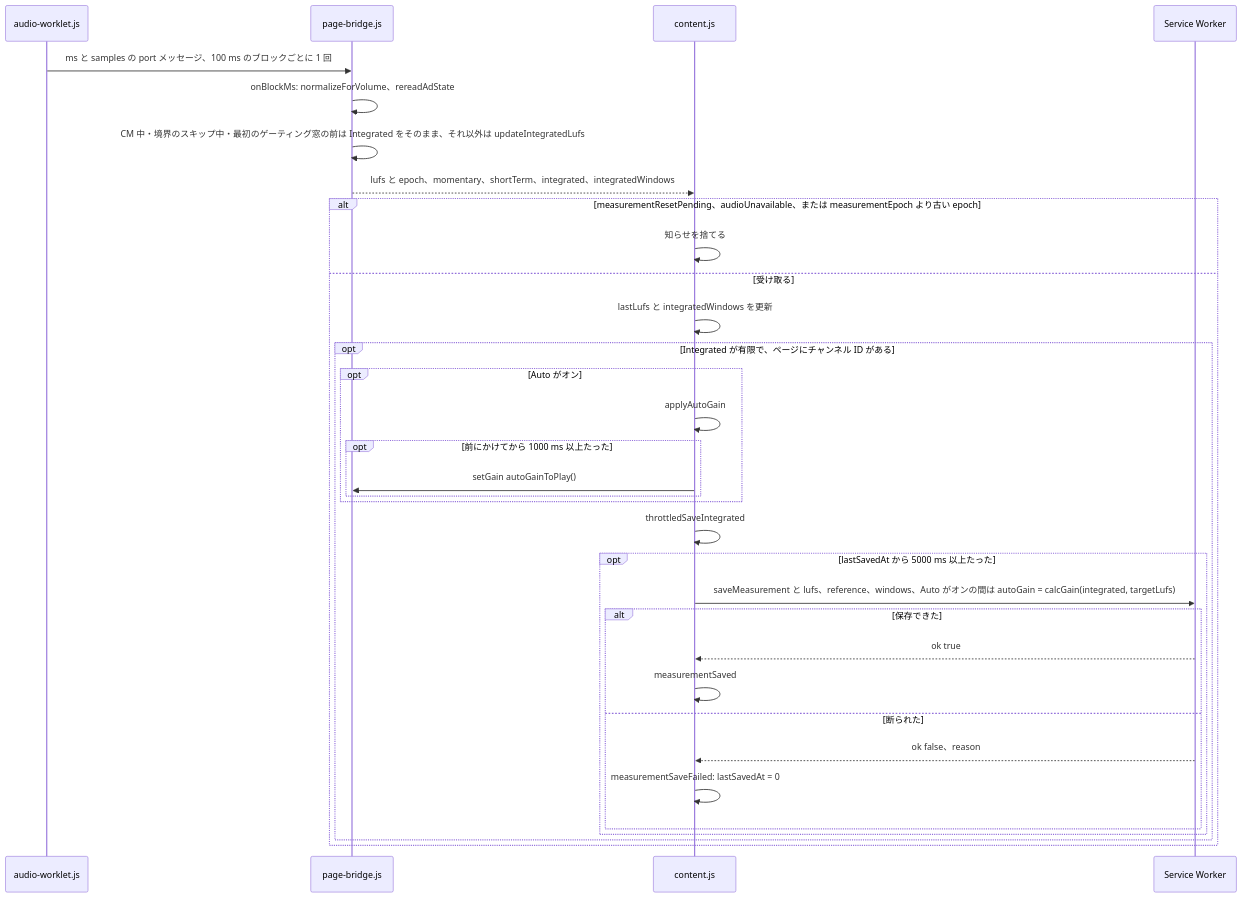
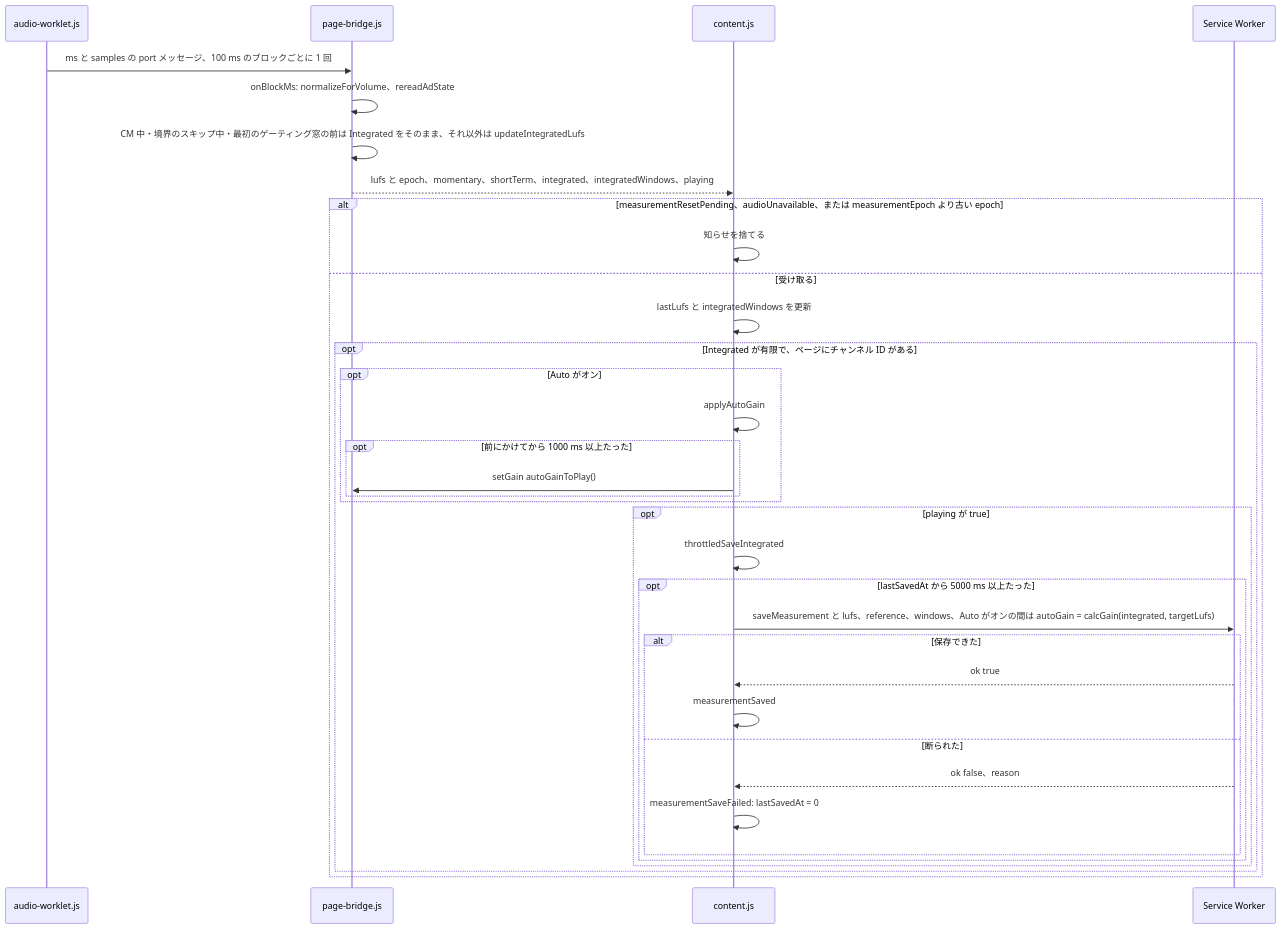
Before and after one commit to semnil/twitch-channel-volume: the eighth of 17 diagrams in docs/gain-change-and-save.ja.md, drawn with Mermaid. The commit also changed other lines of this file and 5 other files, not shown here.

First line of the commit message:
fix: save a channel's measurement only from a tab whose player is playing

````diff
--- a/docs/gain-change-and-save.ja.md
+++ b/docs/gain-change-and-save.ja.md
@@ -344,35 +344,37 @@
 ```mermaid
 sequenceDiagram
   participant worklet as audio-worklet.js
   participant bridge as page-bridge.js
   participant content as content.js
   participant sw as Service Worker
   worklet->>bridge: ms と samples の port メッセージ、100 ms のブロックごとに 1 回
   bridge->>bridge: onBlockMs: normalizeForVolume、rereadAdState
   bridge->>bridge: CM 中・境界のスキップ中・最初のゲーティング窓の前は Integrated をそのまま、それ以外は updateIntegratedLufs
-  bridge-->>content: lufs と epoch、momentary、shortTerm、integrated、integratedWindows
+  bridge-->>content: lufs と epoch、momentary、shortTerm、integrated、integratedWindows、playing
   alt measurementResetPending、audioUnavailable、または measurementEpoch より古い epoch
     content->>content: 知らせを捨てる
   else 受け取る
     content->>content: lastLufs と integratedWindows を更新
     opt Integrated が有限で、ページにチャンネル ID がある
       opt Auto がオン
         content->>content: applyAutoGain
         opt 前にかけてから 1000 ms 以上たった
           content->>bridge: setGain autoGainToPlay()
         end
       end
-      content->>content: throttledSaveIntegrated
-      opt lastSavedAt から 5000 ms 以上たった
-        content->>sw: saveMeasurement と lufs、reference、windows、Auto がオンの間は autoGain = calcGain(integrated, targetLufs)
-        alt 保存できた
-          sw-->>content: ok true
-          content->>content: measurementSaved
-        else 断られた
-          sw-->>content: ok false、reason
-          content->>content: measurementSaveFailed: lastSavedAt = 0
+      opt playing が true
+        content->>content: throttledSaveIntegrated
+        opt lastSavedAt から 5000 ms 以上たった
+          content->>sw: saveMeasurement と lufs、reference、windows、Auto がオンの間は autoGain = calcGain(integrated, targetLufs)
+          alt 保存できた
+            sw-->>content: ok true
+            content->>content: measurementSaved
+          else 断られた
+            sw-->>content: ok false、reason
+            content->>content: measurementSaveFailed: lastSavedAt = 0
+          end
         end
       end
     end
   end
 ```
````
